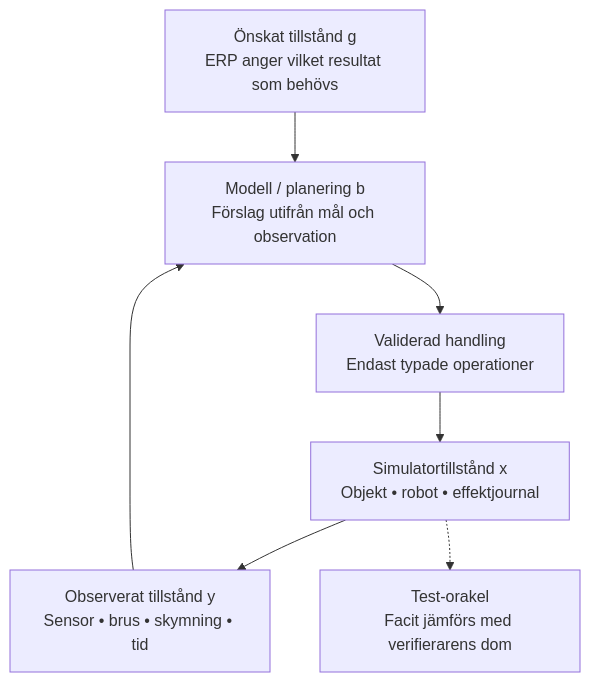
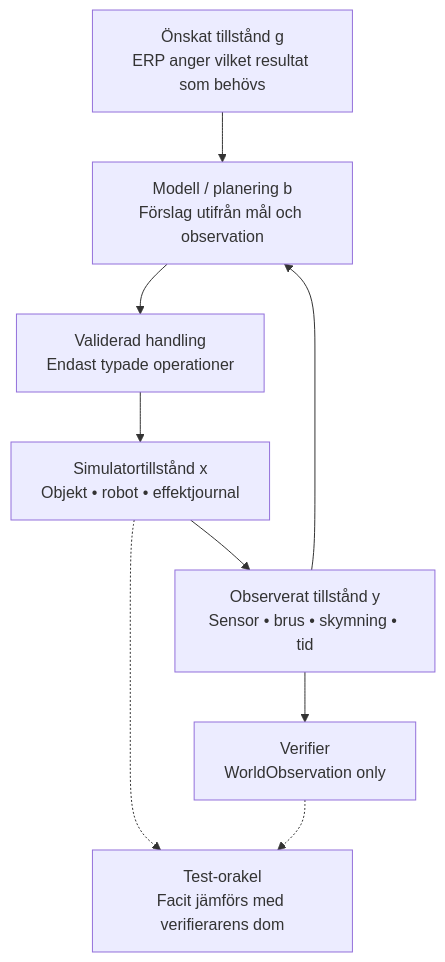
The diagram in sources/diagrams/worlds.mmd (raal1600/SICS-RobotOps-Twin-E2E-Warehouse-Robotics-Integration-Simulator), drawn with Mermaid before and after one commit. The commit also changed 160 other files, not shown here.

```diff
--- a/sources/diagrams/worlds.mmd
+++ b/sources/diagrams/worlds.mmd
@@ -1,13 +1,16 @@
 flowchart TD
   goal["Önskat tillstånd g<br/>ERP anger vilket resultat som behövs"]
   truth["Simulatortillstånd x<br/>Objekt • robot • effektjournal"]
   brain["Modell / planering b<br/>Förslag utifrån mål och observation"]
   obs["Observerat tillstånd y<br/>Sensor • brus • skymning • tid"]
   action["Validerad handling<br/>Endast typade operationer"]
   oracle["Test-orakel<br/>Facit jämförs med verifierarens dom"]
+  verify["Verifier<br/>WorldObservation only"]
   goal --> brain
   truth --> obs
   obs --> brain
   brain --> action
   action --> truth
   truth -.-> oracle
+  obs --> verify
+  verify -.-> oracle
```
